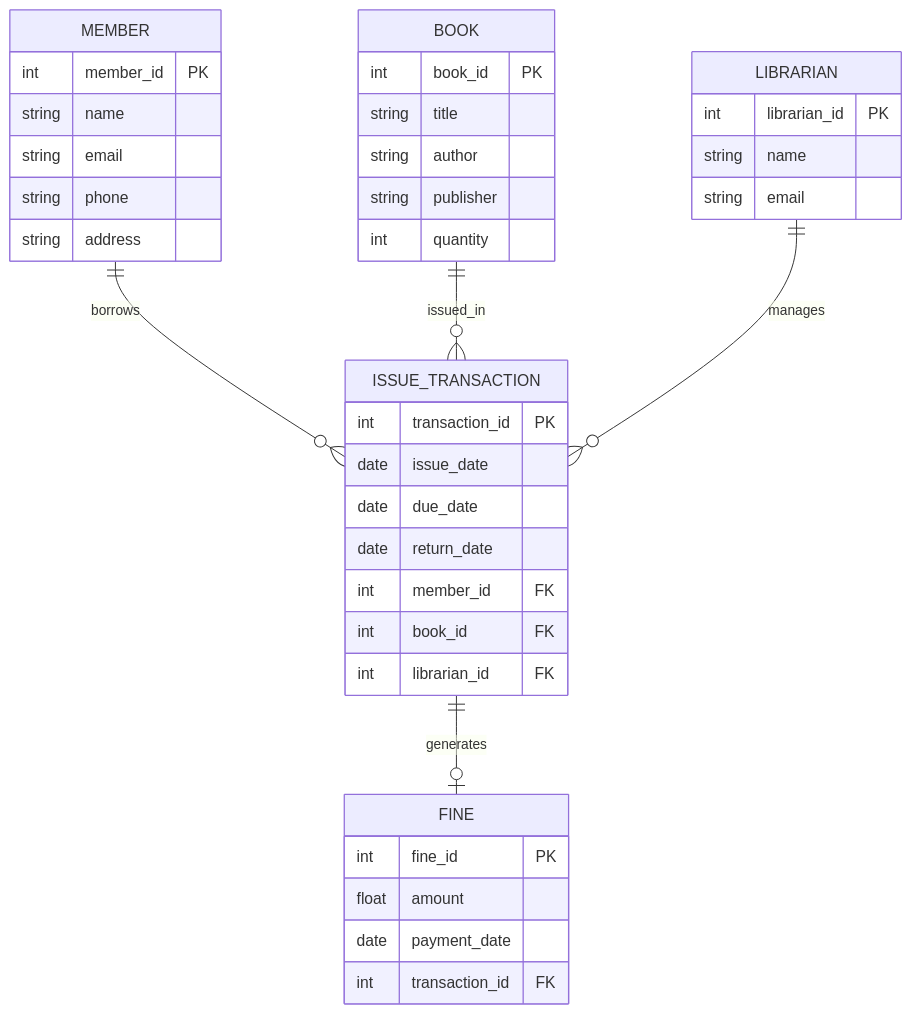
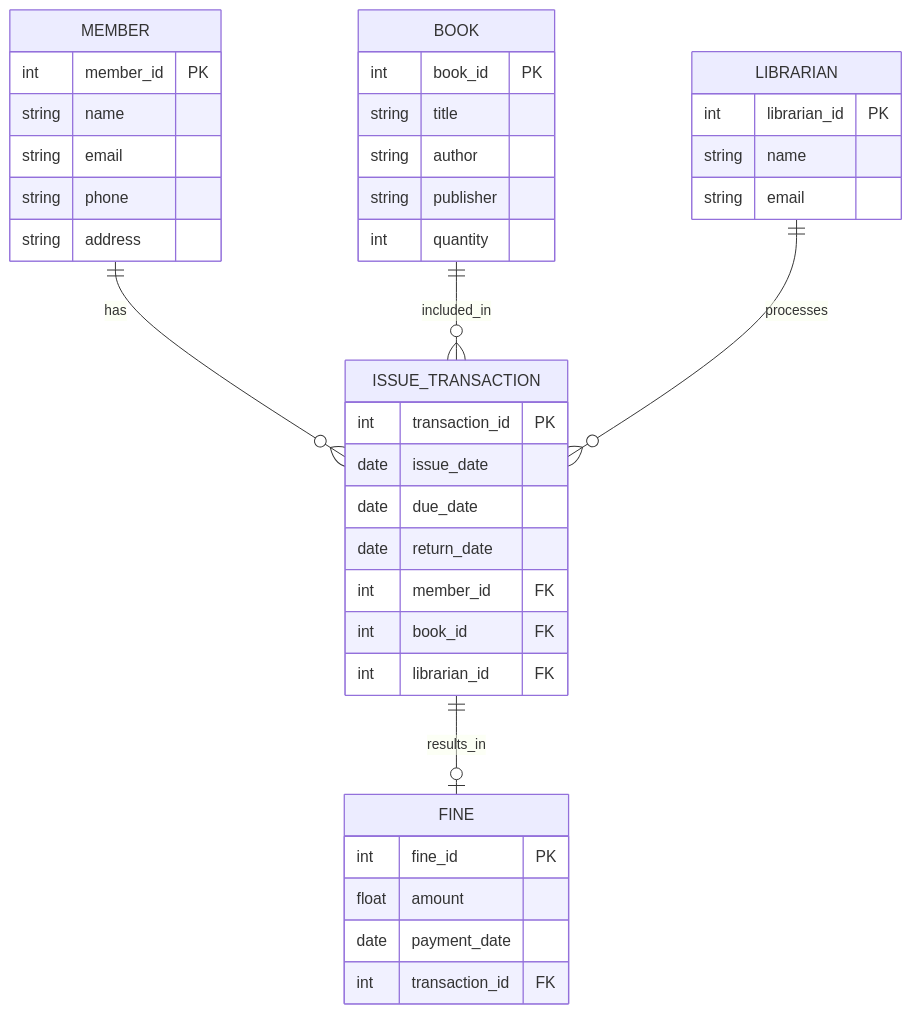
The diagram in Sixth/Software Eng/nis/er.md (keshavprasadneupane/Collage), drawn with Mermaid before and after one commit. The commit also changed other lines of this file and 145 other files, not shown here.

````diff
--- a/Sixth/Software Eng/nis/er.md
+++ b/Sixth/Software Eng/nis/er.md
@@ -21,47 +21,50 @@
 ```mermaid
 erDiagram
 
     MEMBER {
         int member_id PK
         string name
         string email
         string phone
         string address
     }
 
     BOOK {
         int book_id PK
         string title
         string author
         string publisher
         int quantity
     }
 
     LIBRARIAN {
         int librarian_id PK
         string name
         string email
     }
 
     ISSUE_TRANSACTION {
         int transaction_id PK
         date issue_date
         date due_date
         date return_date
         int member_id FK
         int book_id FK
         int librarian_id FK
     }
 
     FINE {
         int fine_id PK
         float amount
         date payment_date
         int transaction_id FK
     }
 
-    MEMBER ||--o{ ISSUE_TRANSACTION : borrows
-    BOOK ||--o{ ISSUE_TRANSACTION : issued_in
-    LIBRARIAN ||--o{ ISSUE_TRANSACTION : manages
-    ISSUE_TRANSACTION ||--o| FINE : generates
+    MEMBER ||--o{ ISSUE_TRANSACTION : has
+
+    BOOK ||--o{ ISSUE_TRANSACTION : included_in
+
+    LIBRARIAN ||--o{ ISSUE_TRANSACTION : processes
+
+    ISSUE_TRANSACTION ||--o| FINE : results_in
 ```
````
